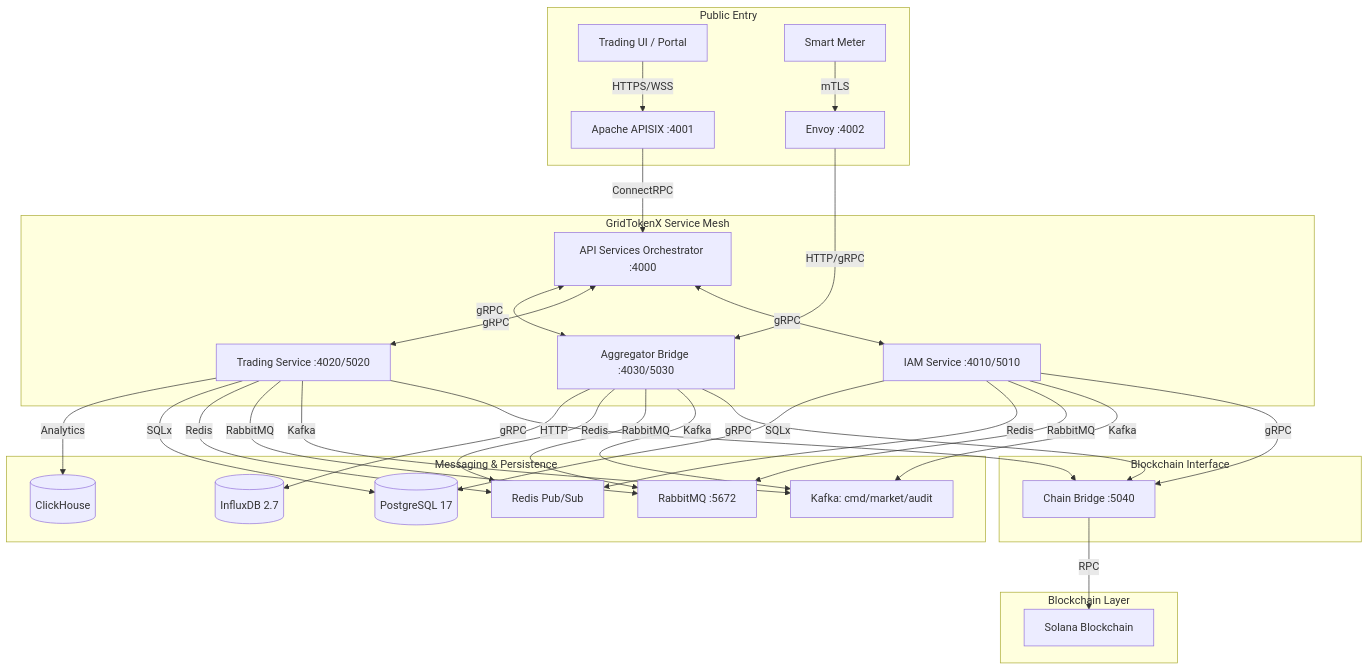
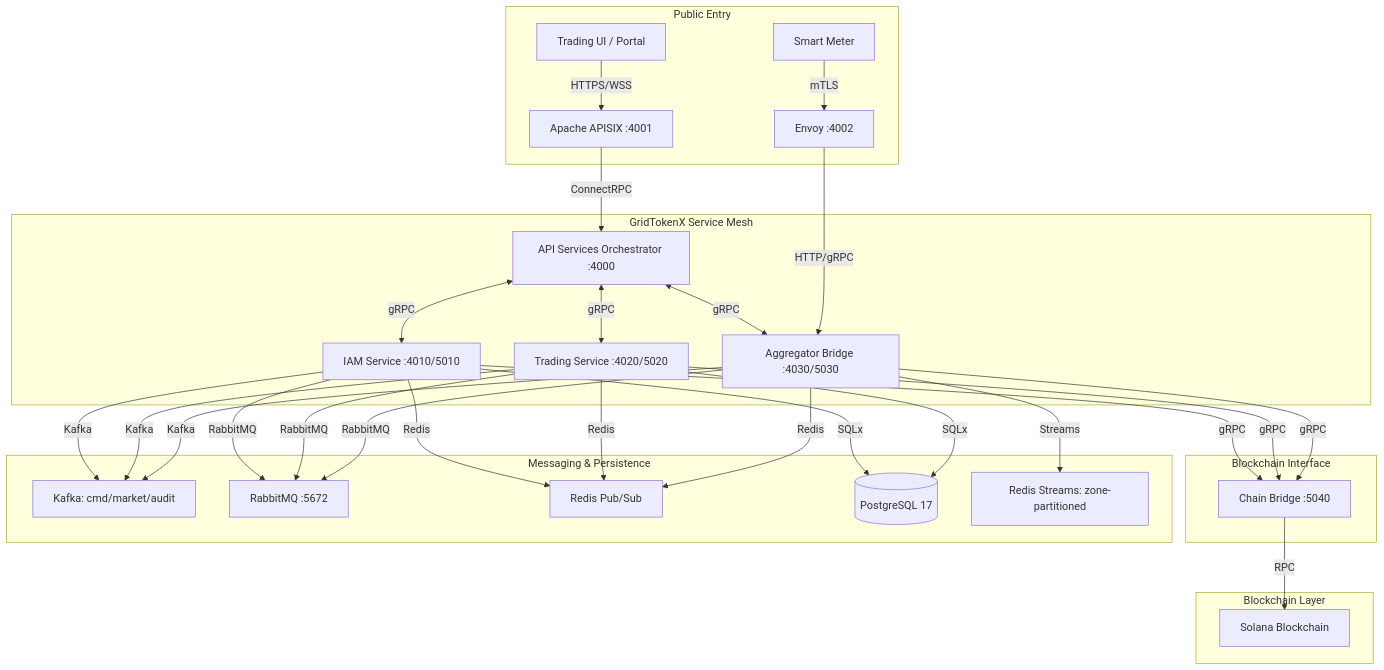
Before and after one commit to NakaSato/gridtokenx-coresystem: the diagram in README.md, drawn with Mermaid. The commit also changed other lines of this file and 12 other files, not shown here.

````diff
--- a/README.md
+++ b/README.md
@@ -21,32 +21,31 @@
 ```mermaid
 graph TD
     subgraph "Public Entry"
         Client[Trading UI / Portal] -->|HTTPS/WSS| APISIX[Apache APISIX :4001]
         EdgeMeter[Smart Meter] -->|mTLS| Envoy[Envoy :4002]
     end
 
     subgraph "GridTokenX Service Mesh"
         APISIX -->|ConnectRPC| APIS[API Services Orchestrator :4000]
         APIS <-->|gRPC| IAM[IAM Service :4010/5010]
         APIS <-->|gRPC| Trading[Trading Service :4020/5020]
         APIS <-->|gRPC| OracleB[Aggregator Bridge :4030/5030]
         Envoy -->|HTTP/gRPC| OracleB
     end
 
     subgraph "Blockchain Interface"
         IAM & Trading & OracleB -->|gRPC| ChainBridge[Chain Bridge :5040]
     end
 
     subgraph "Blockchain Layer"
         ChainBridge -->|RPC| Solana[Solana Blockchain]
     end
 
     subgraph "Messaging & Persistence"
         IAM & Trading & OracleB -->|Kafka| Events[Kafka: cmd/market/audit]
         IAM & Trading & OracleB -->|RabbitMQ| Tasks[RabbitMQ :5672]
         IAM & Trading & OracleB -->|Redis| Live[Redis Pub/Sub]
         IAM & Trading -->|SQLx| PostgreS[(PostgreSQL 17)]
-        OracleB -->|HTTP| TSDB[(InfluxDB 2.7)]
-        Trading -->|Analytics| ClickHouse[(ClickHouse)]
+        OracleB -->|Streams| ZoneRedis[Redis Streams: zone-partitioned]
     end
 ```
````
